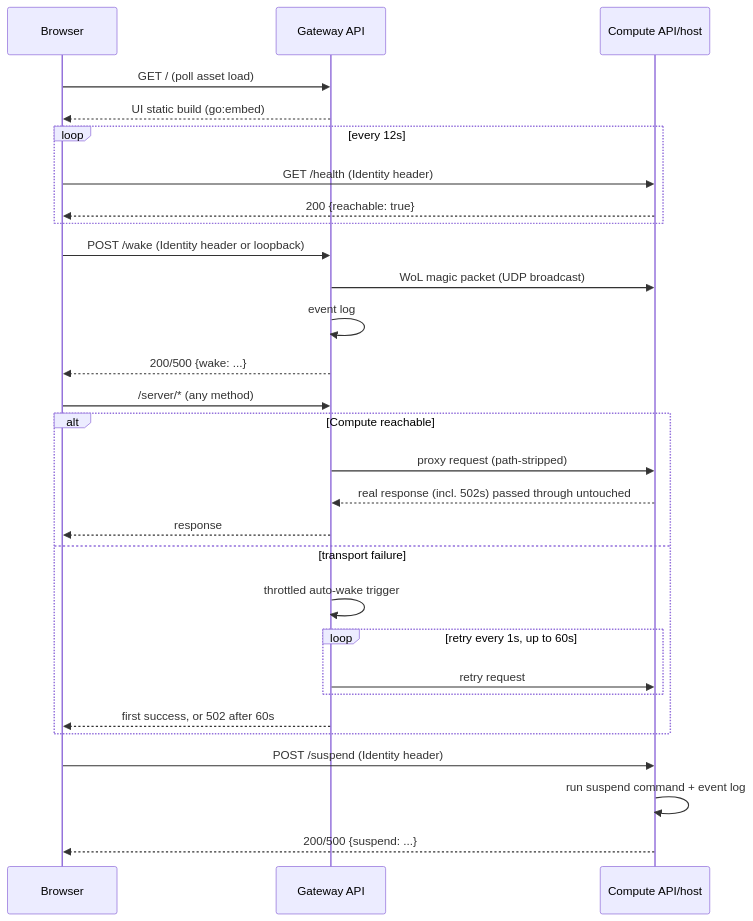
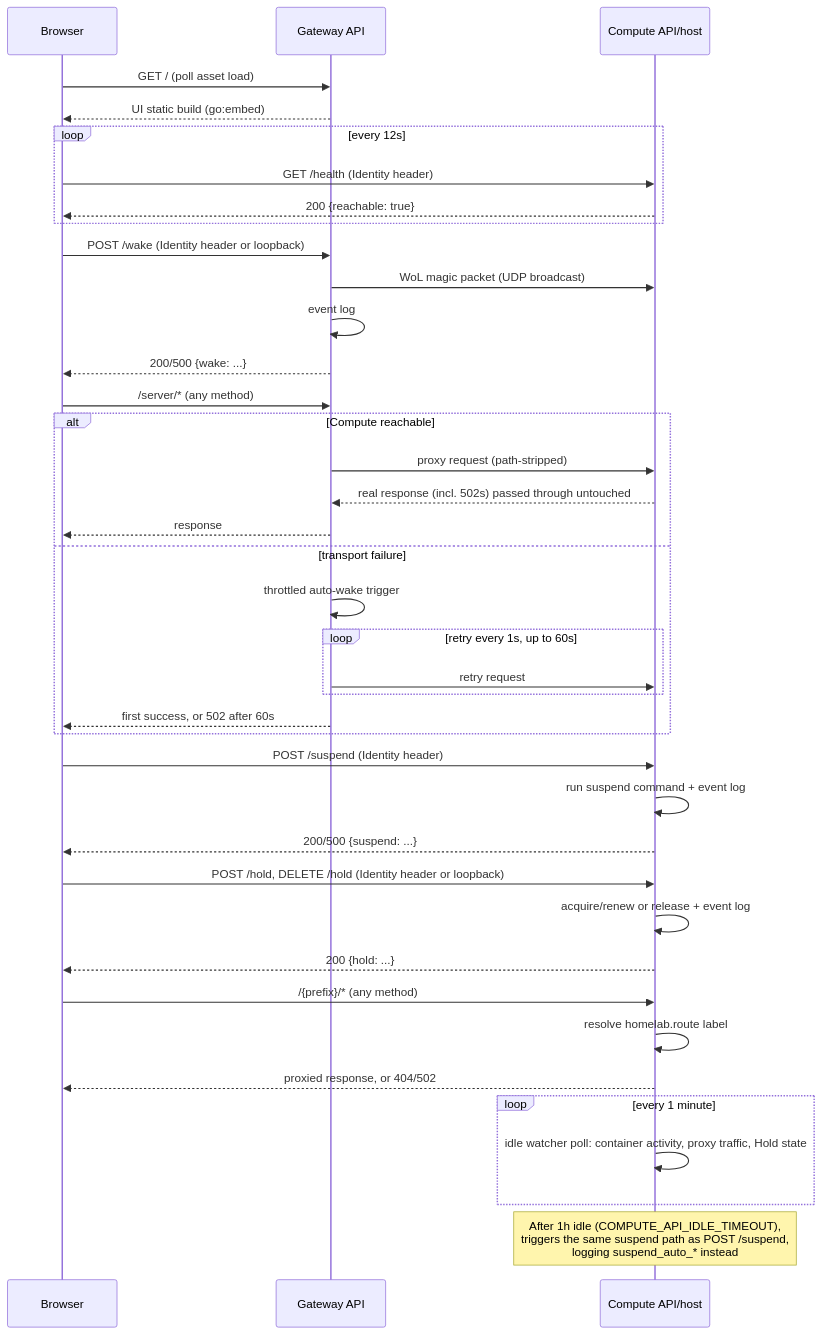
One commit to nikbogman/cloudberry changed the diagram in ARCHITECTURE.md. Above: the diagram before and after it, drawn with Mermaid. The commit also changed other lines of this file and 29 other files, not shown here.

First line of the commit message:
Fold compute-autonomous-suspend spec/ADR into permanent docs, add agent-skill config

````diff
--- a/ARCHITECTURE.md
+++ b/ARCHITECTURE.md
@@ -68,36 +72,49 @@
 ```mermaid
 sequenceDiagram
     participant B as Browser
     participant G as Gateway API
     participant C as Compute API/host
 
     B->>G: GET / (poll asset load)
     G-->>B: UI static build (go:embed)
 
     loop every 12s
         B->>C: GET /health (Identity header)
         C-->>B: 200 {reachable: true}
     end
 
     B->>G: POST /wake (Identity header or loopback)
     G->>C: WoL magic packet (UDP broadcast)
     G->>G: event log
     G-->>B: 200/500 {wake: ...}
 
     B->>G: /server/* (any method)
     alt Compute reachable
         G->>C: proxy request (path-stripped)
         C-->>G: real response (incl. 502s) passed through untouched
         G-->>B: response
     else transport failure
         G->>G: throttled auto-wake trigger
         loop retry every 1s, up to 60s
             G->>C: retry request
         end
         G-->>B: first success, or 502 after 60s
     end
 
     B->>C: POST /suspend (Identity header)
     C->>C: run suspend command + event log
     C-->>B: 200/500 {suspend: ...}
+
+    B->>C: POST /hold, DELETE /hold (Identity header or loopback)
+    C->>C: acquire/renew or release + event log
+    C-->>B: 200 {hold: ...}
+
+    B->>C: /{prefix}/* (any method)
+    C->>C: resolve homelab.route label
+    C-->>B: proxied response, or 404/502
+
+    loop every 1 minute
+        C->>C: idle watcher poll: container activity, proxy traffic, Hold state
+    end
+    Note over C: After 1h idle (COMPUTE_API_IDLE_TIMEOUT),<br/>triggers the same suspend path as POST /suspend,<br/>logging suspend_auto_* instead
 ```
````
